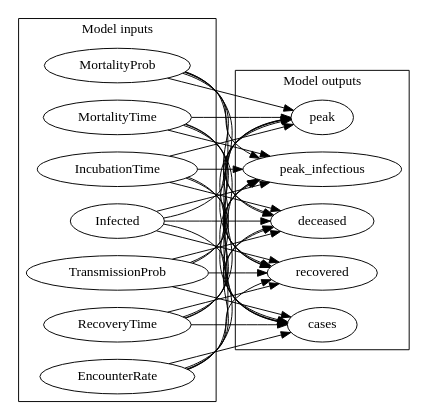
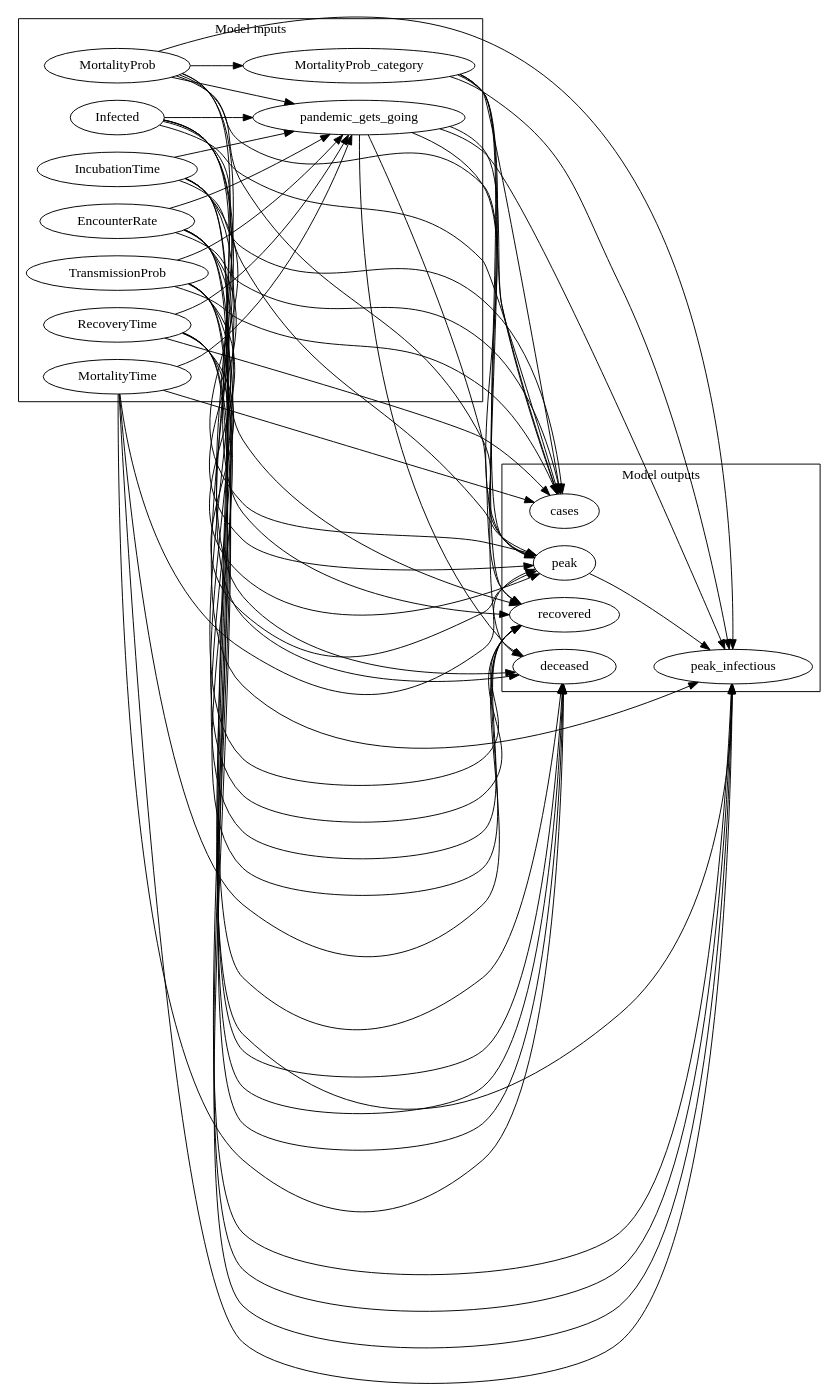
The diagram in scenarios/influenza1918/dags/influenza1918_abstract.dot (CITCOM-project/causcumber), drawn with Graphviz before and after one commit. The commit also changed 5 other files, not shown here.

```diff
--- a/scenarios/influenza1918/dags/influenza1918_abstract.dot
+++ b/scenarios/influenza1918/dags/influenza1918_abstract.dot
@@ -1,58 +1,79 @@
 digraph "" {
 	graph [newrank=True,
 		rankdir=LR
 	];
 	subgraph cluster_inputs {
 		graph [label="Model inputs"];
+		MortalityProb;
+		pandemic_gets_going;
 		TransmissionProb;
-		RecoveryTime;
 		EncounterRate;
-		MortalityProb;
 		MortalityTime;
 		IncubationTime;
+		MortalityProb_category;
+		RecoveryTime;
 		Infected;
 	}
 	subgraph cluster_outputs {
 		graph [label="Model outputs"];
+		peak;
+		deceased;
+		peak_infectious;
 		recovered;
 		cases;
-		peak;
-		peak_infectious;
-		deceased;
 	}
+	MortalityProb -> pandemic_gets_going;
+	MortalityProb -> MortalityProb_category;
+	MortalityProb -> peak;
+	MortalityProb -> deceased;
+	MortalityProb -> peak_infectious;
+	MortalityProb -> recovered;
+	MortalityProb -> cases;
+	pandemic_gets_going -> peak;
+	pandemic_gets_going -> deceased;
+	pandemic_gets_going -> peak_infectious;
+	pandemic_gets_going -> recovered;
+	pandemic_gets_going -> cases;
+	TransmissionProb -> pandemic_gets_going;
+	TransmissionProb -> peak;
+	TransmissionProb -> deceased;
+	TransmissionProb -> peak_infectious;
 	TransmissionProb -> recovered;
 	TransmissionProb -> cases;
-	TransmissionProb -> peak;
-	TransmissionProb -> peak_infectious;
-	TransmissionProb -> deceased;
+	EncounterRate -> pandemic_gets_going;
+	EncounterRate -> peak;
+	EncounterRate -> deceased;
+	EncounterRate -> peak_infectious;
+	EncounterRate -> recovered;
+	EncounterRate -> cases;
+	MortalityTime -> pandemic_gets_going;
+	MortalityTime -> peak;
+	MortalityTime -> deceased;
+	MortalityTime -> peak_infectious;
+	MortalityTime -> recovered;
+	MortalityTime -> cases;
+	IncubationTime -> pandemic_gets_going;
+	IncubationTime -> peak;
+	IncubationTime -> deceased;
+	IncubationTime -> peak_infectious;
+	IncubationTime -> recovered;
+	IncubationTime -> cases;
+	MortalityProb_category -> peak;
+	MortalityProb_category -> deceased;
+	MortalityProb_category -> peak_infectious;
+	MortalityProb_category -> recovered;
+	MortalityProb_category -> cases;
+	RecoveryTime -> pandemic_gets_going;
+	RecoveryTime -> peak;
+	RecoveryTime -> deceased;
+	RecoveryTime -> peak_infectious;
 	RecoveryTime -> recovered;
 	RecoveryTime -> cases;
-	RecoveryTime -> peak;
-	RecoveryTime -> peak_infectious;
-	RecoveryTime -> deceased;
-	EncounterRate -> recovered;
-	EncounterRate -> cases;
-	EncounterRate -> peak;
-	EncounterRate -> peak_infectious;
-	EncounterRate -> deceased;
-	MortalityProb -> recovered;
-	MortalityProb -> cases;
-	MortalityProb -> peak;
-	MortalityProb -> peak_infectious;
-	MortalityProb -> deceased;
-	MortalityTime -> recovered;
-	MortalityTime -> cases;
-	MortalityTime -> peak;
-	MortalityTime -> peak_infectious;
-	MortalityTime -> deceased;
-	IncubationTime -> recovered;
-	IncubationTime -> cases;
-	IncubationTime -> peak;
-	IncubationTime -> peak_infectious;
-	IncubationTime -> deceased;
+	Infected -> pandemic_gets_going;
+	Infected -> peak;
+	Infected -> deceased;
+	Infected -> peak_infectious;
 	Infected -> recovered;
 	Infected -> cases;
-	Infected -> peak;
-	Infected -> peak_infectious;
-	Infected -> deceased;
+	peak -> peak_infectious;
 }
```
